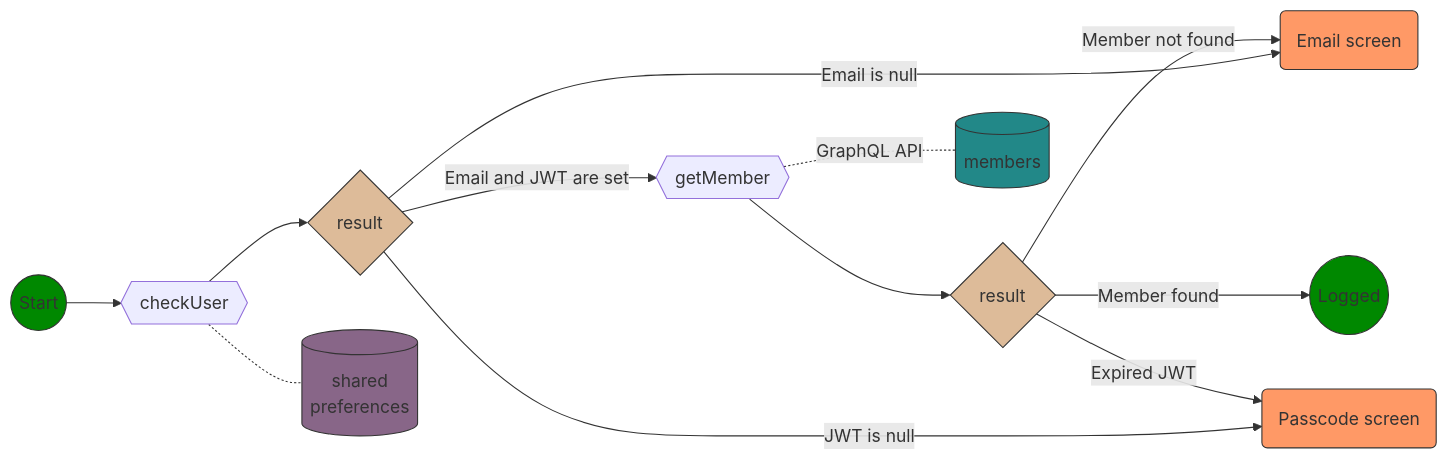
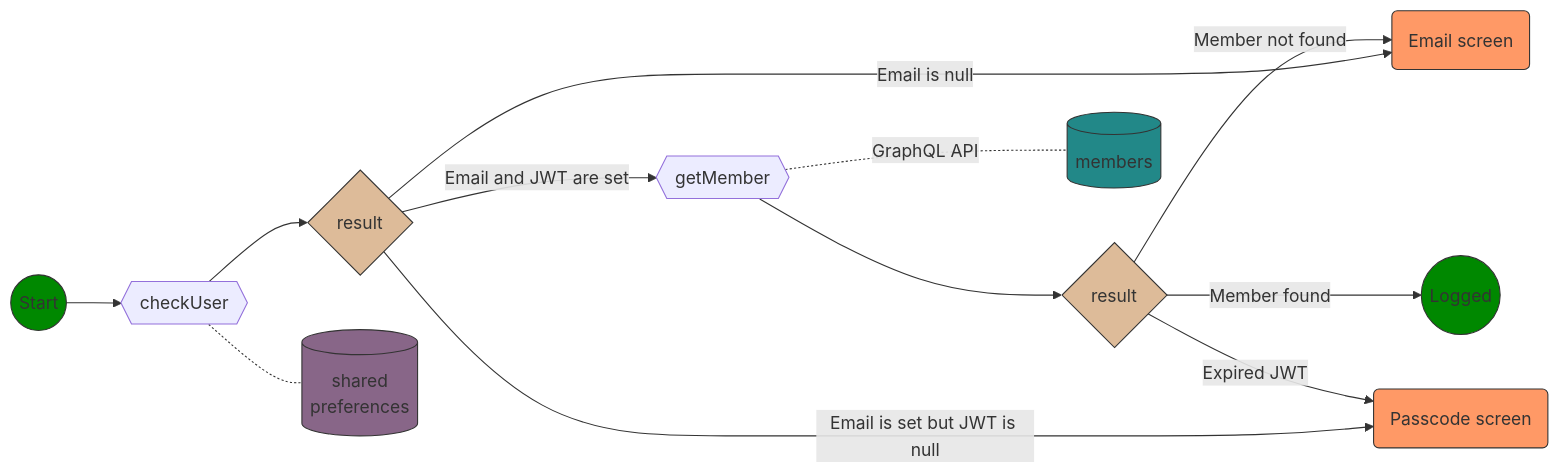
One commit to Yann39/ccteam-flutter changed the first of 6 diagrams in README.md. Above: the diagram before and after it, drawn with Mermaid. The commit also changed other lines of this file and 76 other files, not shown here.

````diff
--- a/README.md
+++ b/README.md
@@ -46,18 +47,18 @@
 ```mermaid
 graph LR
 start((Start)):::green --> checkUser{{checkUser}} --> result1{result}:::beige
 result1 -- Email and JWT are set --> getMember{{getMember}} --> result2{result}:::beige
 result1 -- Email is null --> email_step(Email screen):::salmon
-result1 -- JWT is null --> passcode_step(Passcode screen):::salmon
+result1 -- Email is set but JWT is null --> passcode_step(Passcode screen):::salmon
 result2 -- Member not found --> email_step
 result2 -- Expired JWT --> passcode_step
 result2 -- Member found --> eend((Logged)):::green
 getMember -. GraphQL API .- database[(members)]:::blue
 checkUser -.- preferences[(shared<br/>preferences)]:::violet
 
 classDef green fill:#080,stroke:#333,stroke-width:1px
 classDef salmon fill:#f96,stroke:#333,stroke-width:1px
 classDef beige fill:#db9,stroke:#333,stroke-width:1px
 classDef blue fill:#288,stroke:#333,stroke-width:1px
 classDef violet fill:#868,stroke:#333,stroke-width:1px
 ```
````
